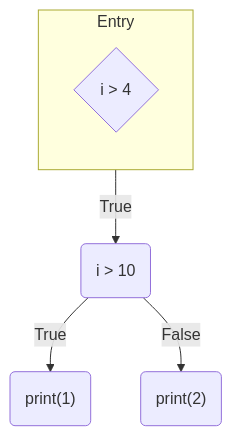
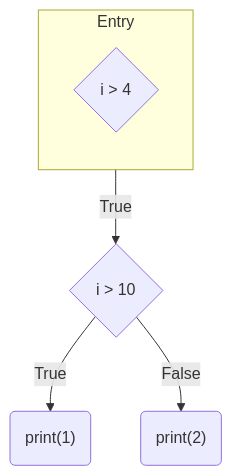
The eighth of 12 diagrams in src/content/docs/developers/fast-cfg.mdx (moosetechnology/moosetechnology.github.io), drawn with Mermaid before and after one commit. The commit also changed other lines of this file and 1 other file, not shown here.

Commit message:
Update graphs to be more explicit

````diff
--- a/src/content/docs/developers/fast-cfg.mdx
+++ b/src/content/docs/developers/fast-cfg.mdx
@@ -418,17 +423,15 @@
 ```mermaid
 flowchart TD
 	subgraph Entry
 		direction TB
-		72218624
+		1
 	end
 
-
-72218624{"i > 4 "}
-	72218624 -- True --> 317195520
-	317195520("i > 10 ")
-	317195520 -- True --> 1053648128
-	317195520 -- False --> 517421568
-	1053648128("print(1) ")
-	517421568("print(2) ")
-	
+	1{"i > 4 "}
+	2{"i > 10 "}
+	4("print(1) ")
+	5("print(2) ")
+	1 -- True --> 2
+	2 -- True --> 4
+	2 -- False --> 5
 ```
````
